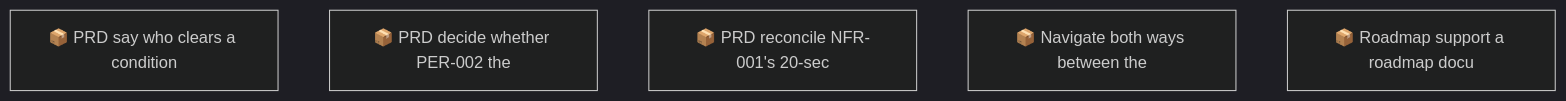
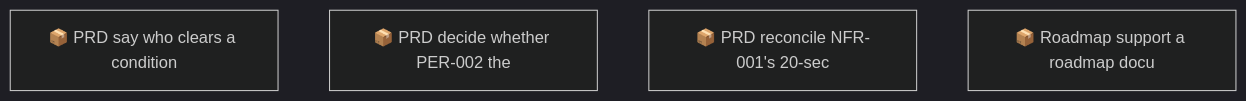
One commit to SpillwaveSolutions/prd-forge changed the second of 2 diagrams in docs/roadmap.md. Above: the diagram before and after it, drawn with Mermaid (dark theme). The commit also changed other lines of this file and 6 other files, not shown here.

````diff
--- a/docs/roadmap.md
+++ b/docs/roadmap.md
@@ -59,8 +57,7 @@
 ```mermaid
 graph TD
     01M67NBJMD36KW0QP1S9D4SMAD["📦 PRD say who clears a condition"]
     01M67NBJQEWFPJ4YZADKC6ZXP7["📦 PRD decide whether PER-002 the"]
     01M67NBJTJAPJSEETE5YS6SVMT["📦 PRD reconcile NFR-001's 20-sec"]
-    01M67NKWD871BPKRKQEH9G9FX7["📦 Navigate both ways between the"]
     01M67NKWT0E0CGYGZYJ8SV6ERN["📦 Roadmap support a roadmap docu"]
 ```
````
